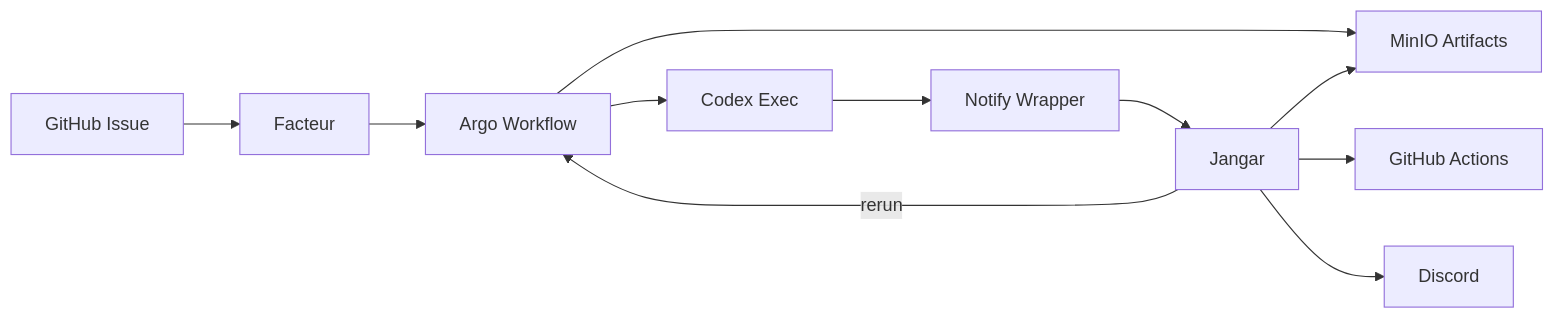
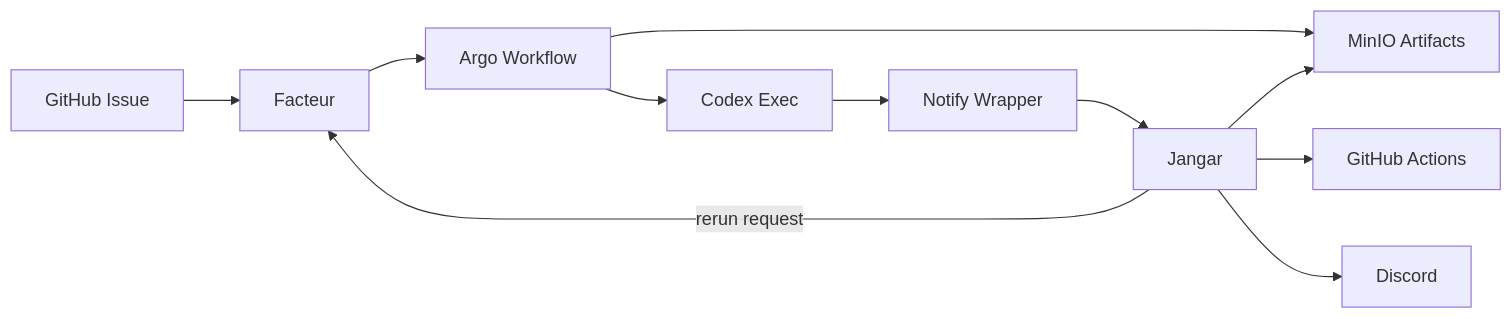
The first of 3 diagrams in docs/jangar/codex-judge-argo-design.md (proompteng/lab), drawn with Mermaid before and after one commit. The commit also changed other lines of this file, not shown here.

Commit message:
docs(jangar): update rerun flow diagrams

````diff
--- a/docs/jangar/codex-judge-argo-design.md
+++ b/docs/jangar/codex-judge-argo-design.md
@@ -43,13 +43,13 @@
 ```mermaid
 flowchart LR
   GH[GitHub Issue] --> F[Facteur]
   F --> A[Argo Workflow]
   A --> C[Codex Exec]
   C --> W[Notify Wrapper]
   W --> J[Jangar]
   A --> M[MinIO Artifacts]
   J --> M
   J --> CI[GitHub Actions]
   J --> D[Discord]
-  J -->|rerun| A
+  J -->|rerun request| F
 ```
````
